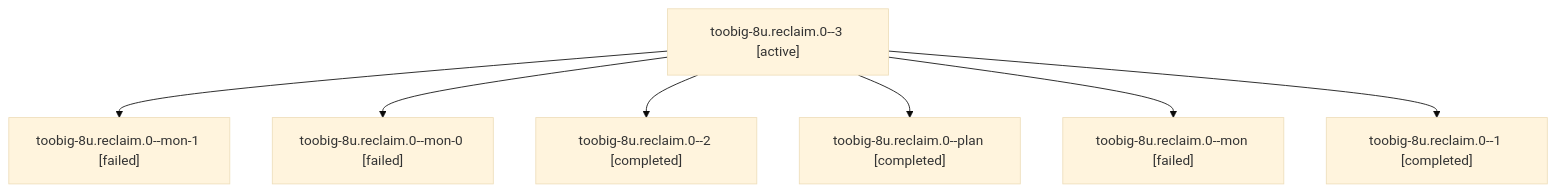
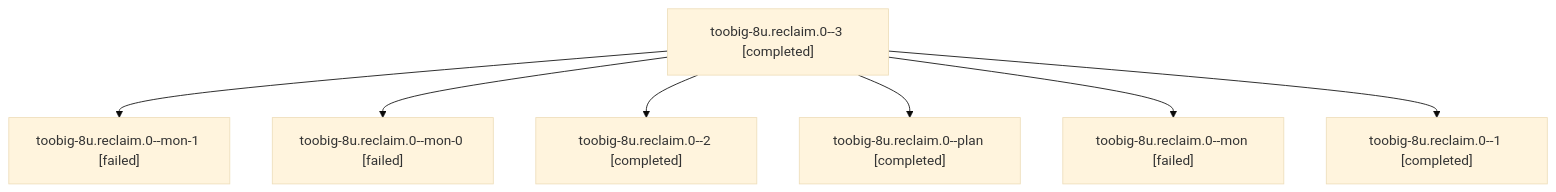
The diagram in sessions/bbugyi200.athena.toobig-8u.reclaim.0.md (sase-org/sase--agents), drawn with Mermaid (base theme) before and after one commit. The commit also changed other lines of this file and 93 other files, not shown here.

````diff
--- a/sessions/bbugyi200.athena.toobig-8u.reclaim.0.md
+++ b/sessions/bbugyi200.athena.toobig-8u.reclaim.0.md
@@ -9,16 +9,16 @@
 ```mermaid
 flowchart TD
-  n0["toobig-8u.reclaim.0--3 [active]"]
+  n0["toobig-8u.reclaim.0--3 [completed]"]
   n1["toobig-8u.reclaim.0--mon-1 [failed]"]
   n0 --> n1
   n2["toobig-8u.reclaim.0--mon-0 [failed]"]
   n0 --> n2
   n3["toobig-8u.reclaim.0--2 [completed]"]
   n0 --> n3
   n4["toobig-8u.reclaim.0--plan [completed]"]
   n0 --> n4
   n5["toobig-8u.reclaim.0--mon [failed]"]
   n0 --> n5
   n6["toobig-8u.reclaim.0--1 [completed]"]
   n0 --> n6
 ```
````
